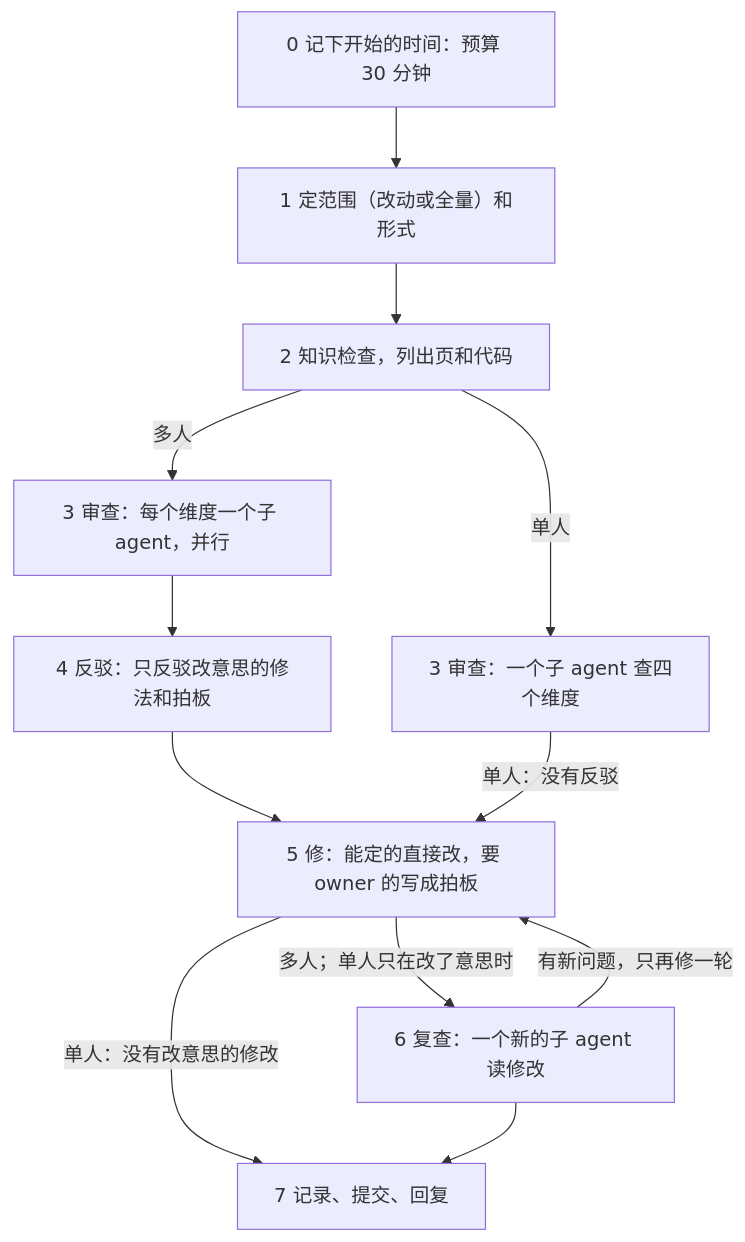
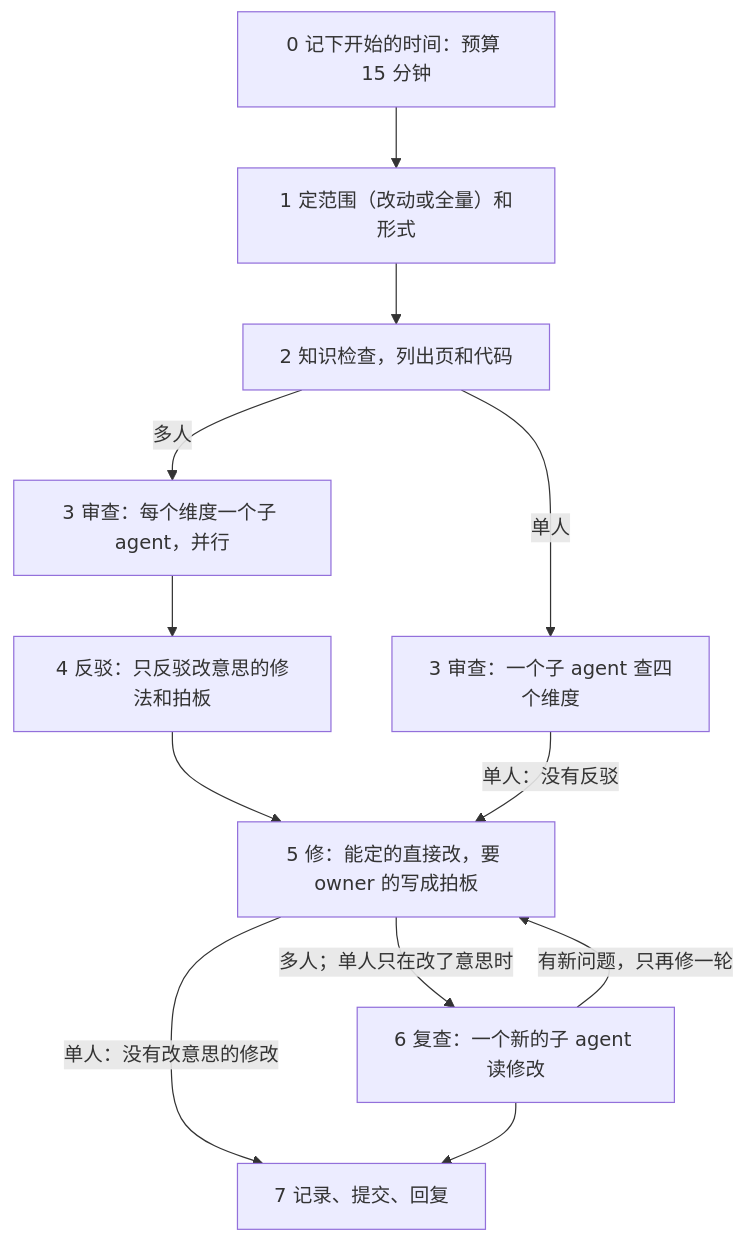
Before and after one commit to shiyuann/aboveloop: the diagram in skills/knowledge/references/deep-verify-knowledge.md, drawn with Mermaid. The commit also changed other lines of this file and 25 other files, not shown here.

````diff
--- a/skills/knowledge/references/deep-verify-knowledge.md
+++ b/skills/knowledge/references/deep-verify-knowledge.md
@@ -56,14 +56,14 @@
 ```mermaid
 flowchart TB
-  Z["0 记下开始的时间：预算 30 分钟"] --> A["1 定范围（改动或全量）和形式"]
+  Z["0 记下开始的时间：预算 15 分钟"] --> A["1 定范围（改动或全量）和形式"]
   A --> B["2 知识检查，列出页和代码"]
   B -->|多人| C["3 审查：每个维度一个子 agent，并行"]
   B -->|单人| CS["3 审查：一个子 agent 查四个维度"]
   C --> D["4 反驳：只反驳改意思的修法和拍板"]
   D --> E["5 修：能定的直接改，要 owner 的写成拍板"]
   CS -->|"单人：没有反驳"| E
   E -->|"多人；单人只在改了意思时"| F["6 复查：一个新的子 agent 读修改"]
   E -->|"单人：没有改意思的修改"| G
   F -->|"有新问题，只再修一轮"| E
   F --> G["7 记录、提交、回复"]
 ```
````
